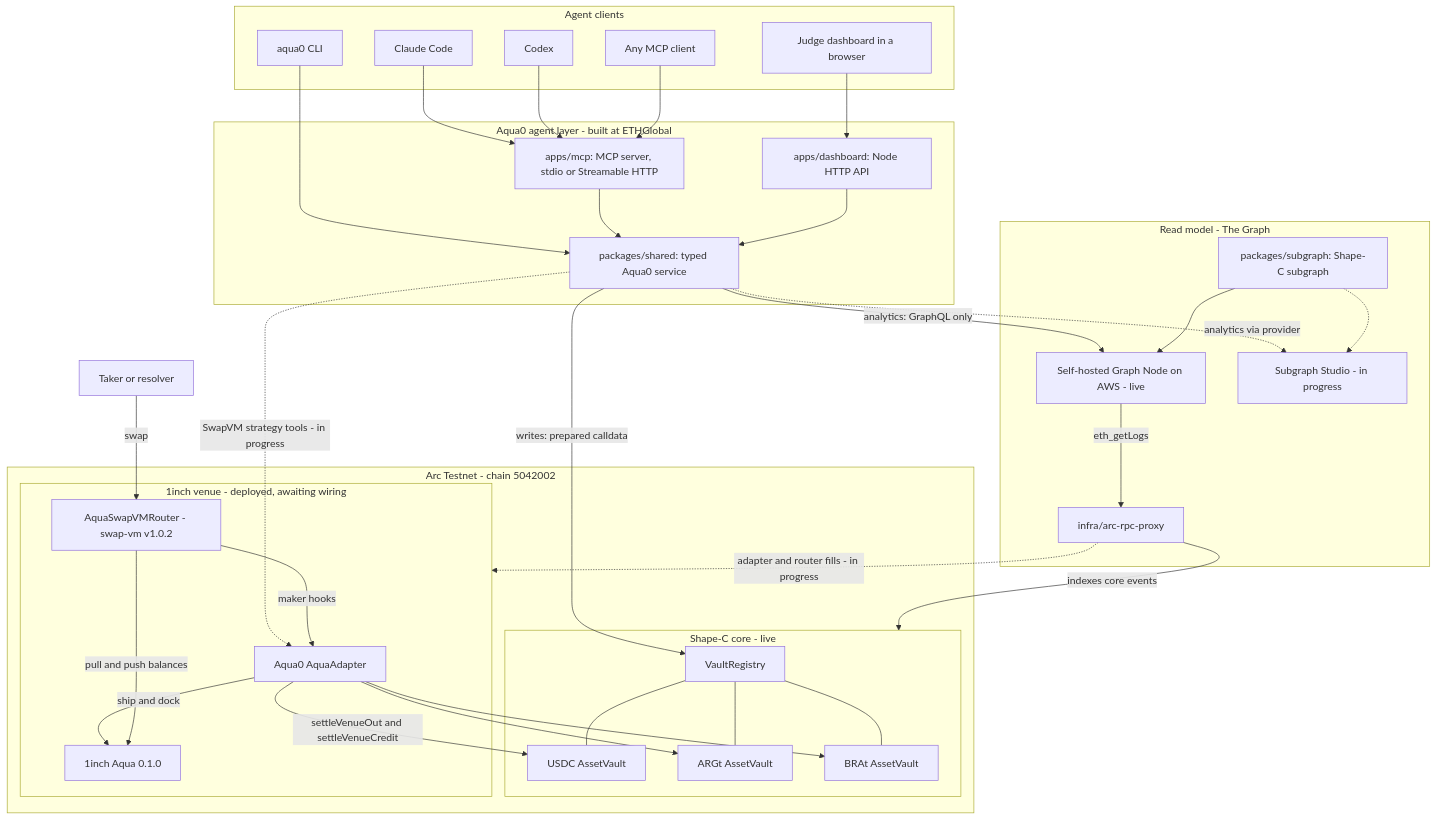
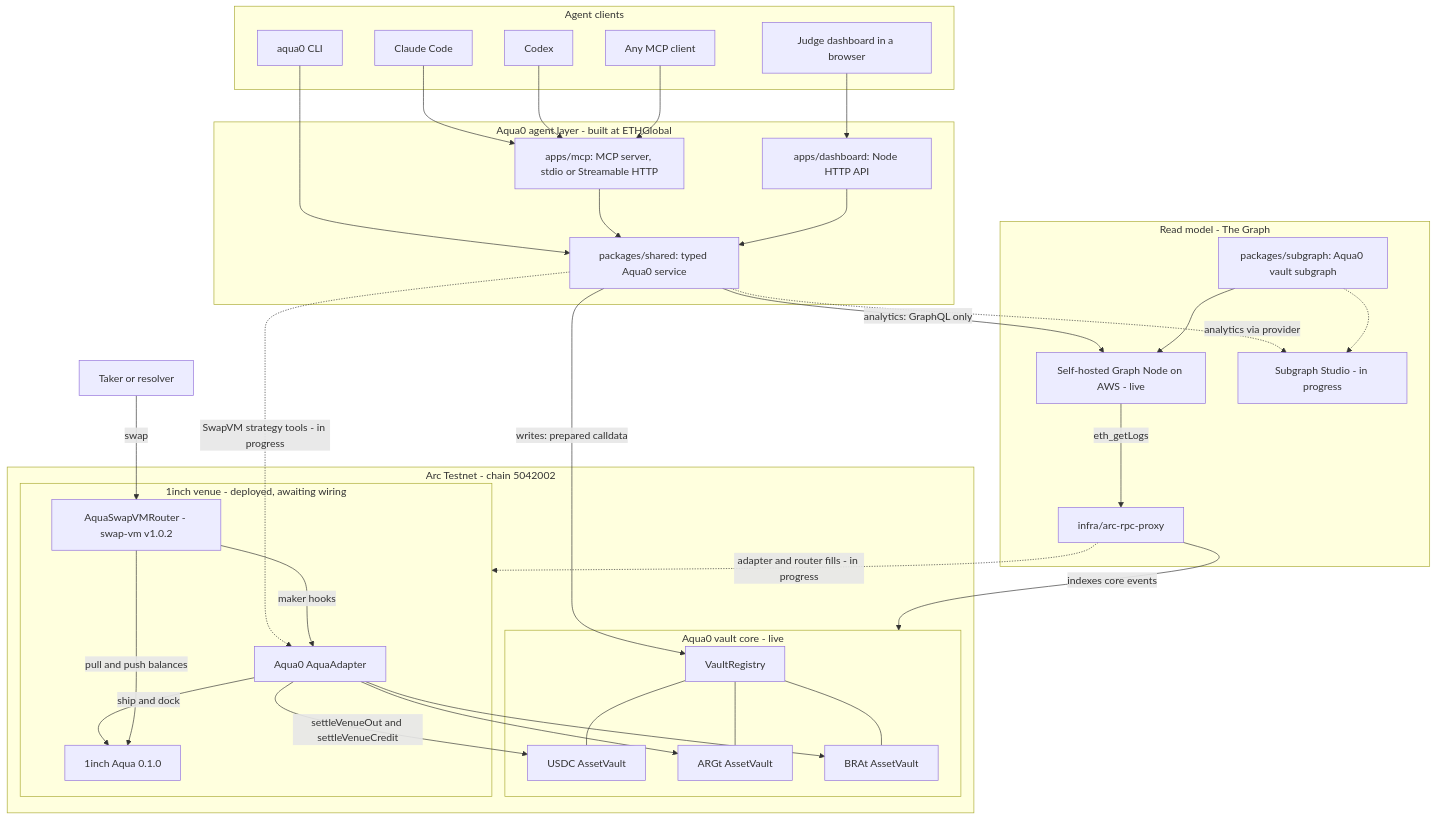
Before and after one commit to Aqua0-fi/aqua0-ethglobal: the first of 5 diagrams in README.md, drawn with Mermaid. The commit also changed other lines of this file and 17 other files, not shown here.

````diff
--- a/README.md
+++ b/README.md
@@ -120,68 +120,68 @@
 ```mermaid
 flowchart TB
   subgraph CLIENTS["Agent clients"]
     CC["Claude Code"]
     CDX["Codex"]
     ANYC["Any MCP client"]
     CLI["aqua0 CLI"]
     WEB["Judge dashboard in a browser"]
   end
 
   subgraph LAYER["Aqua0 agent layer - built at ETHGlobal"]
     MCP["apps/mcp: MCP server, stdio or Streamable HTTP"]
     DAPI["apps/dashboard: Node HTTP API"]
     SVC["packages/shared: typed Aqua0 service"]
   end
 
   subgraph READM["Read model - The Graph"]
-    SG["packages/subgraph: Shape-C subgraph"]
+    SG["packages/subgraph: Aqua0 vault subgraph"]
     GN["Self-hosted Graph Node on AWS - live"]
     STU["Subgraph Studio - in progress"]
     PX["infra/arc-rpc-proxy"]
   end
 
   subgraph ARC["Arc Testnet - chain 5042002"]
-    subgraph CORE["Shape-C core - live"]
+    subgraph CORE["Aqua0 vault core - live"]
       REG["VaultRegistry"]
       VU["USDC AssetVault"]
       VA["ARGt AssetVault"]
       VB["BRAt AssetVault"]
     end
     subgraph VENUE["1inch venue - deployed, awaiting wiring"]
       AD["Aqua0 AquaAdapter"]
       AQ["1inch Aqua 0.1.0"]
       RT["AquaSwapVMRouter - swap-vm v1.0.2"]
     end
   end
 
   TAKER["Taker or resolver"]
 
   CC --> MCP
   CDX --> MCP
   ANYC --> MCP
   CLI --> SVC
   WEB --> DAPI
   MCP --> SVC
   DAPI --> SVC
 
   SVC -->|"analytics: GraphQL only"| GN
   SVC -.->|"analytics via provider"| STU
   SG --> GN
   SG -.-> STU
   GN -->|"eth_getLogs"| PX
   PX -->|"indexes core events"| CORE
   PX -.->|"adapter and router fills - in progress"| VENUE
   SVC -->|"writes: prepared calldata"| REG
   SVC -.->|"SwapVM strategy tools - in progress"| AD
 
   REG --- VU
   REG --- VA
   REG --- VB
   AD -->|"ship and dock"| AQ
   TAKER -->|"swap"| RT
   RT -->|"pull and push balances"| AQ
   RT -->|"maker hooks"| AD
   AD -->|"settleVenueOut and settleVenueCredit"| VU
   AD --> VA
   AD --> VB
 ```
````
